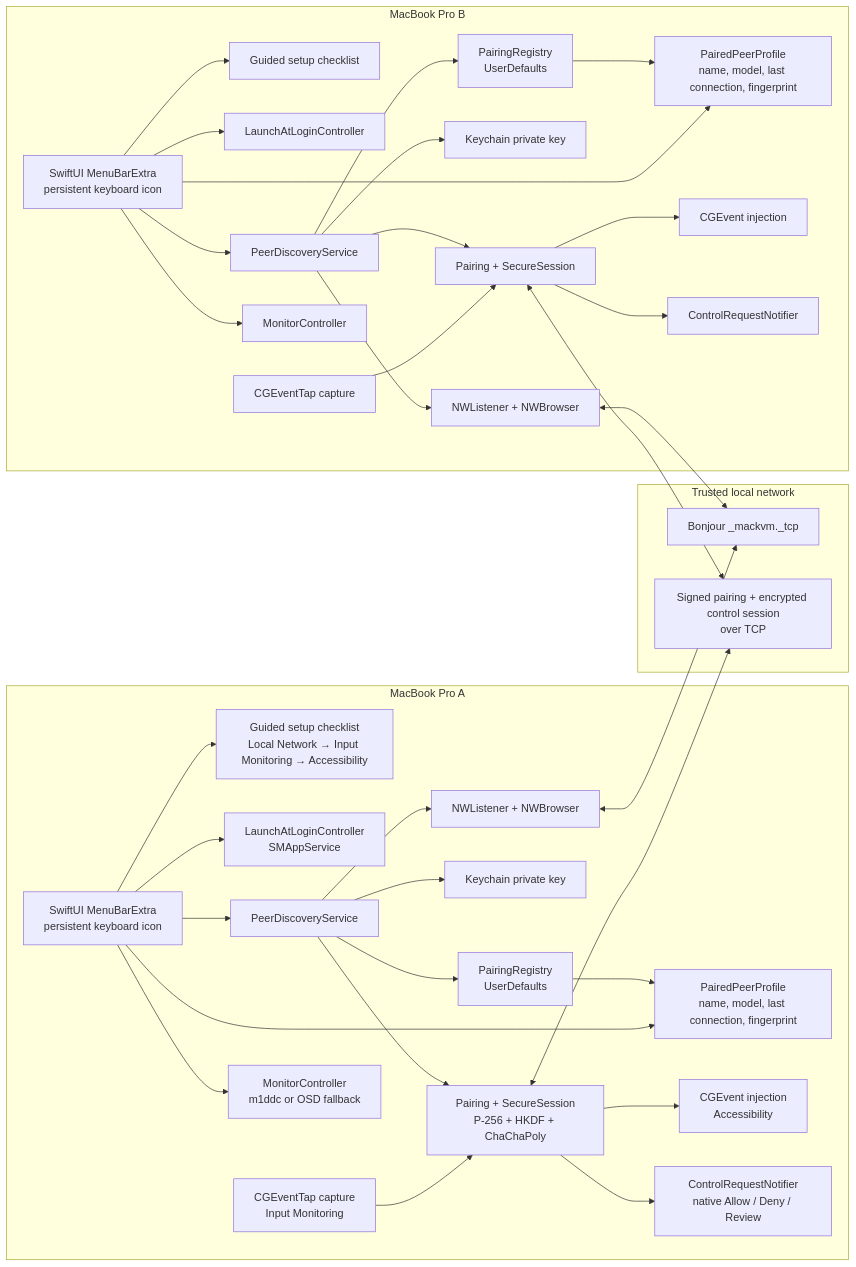
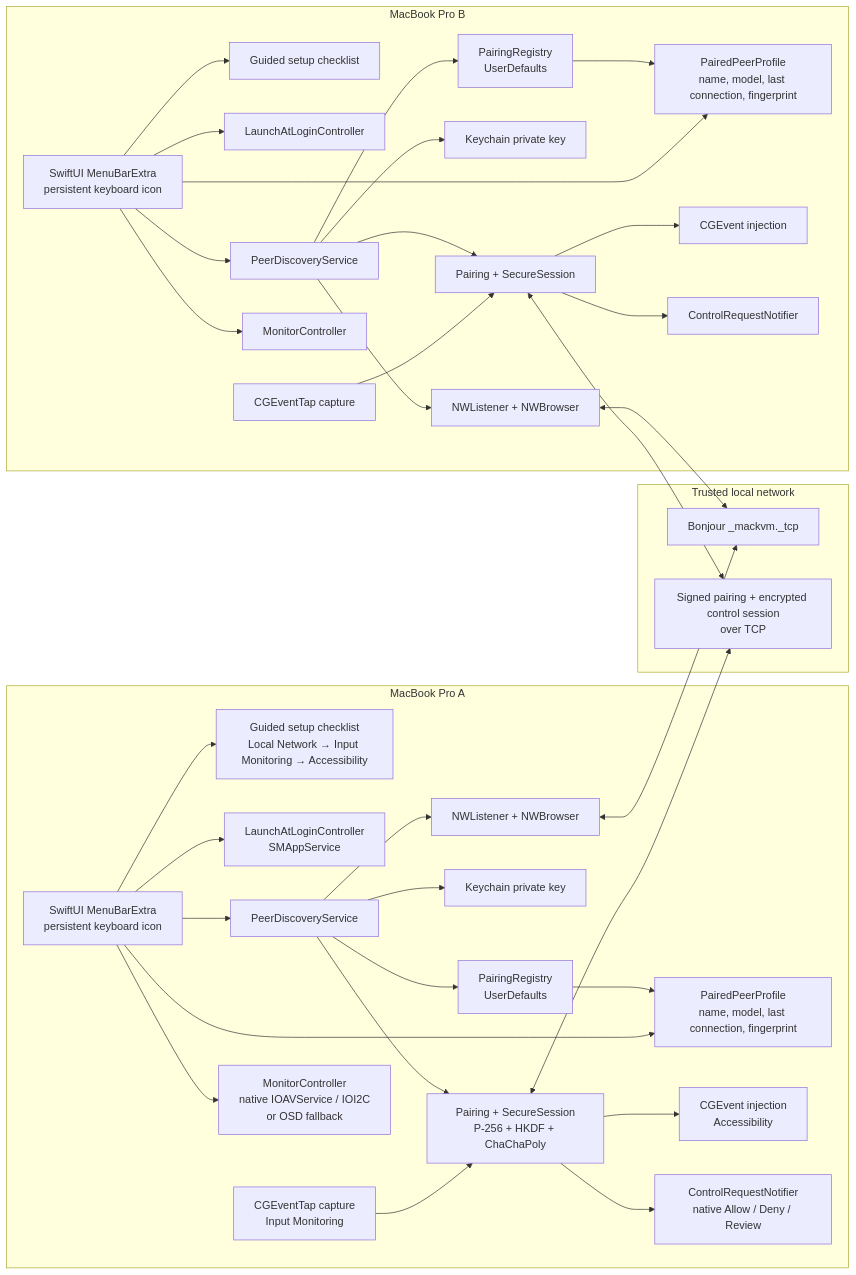
One commit to rudinyu/MacKVM changed the first of 5 diagrams in ARCHITECTURE.md. Above: the diagram before and after it, drawn with Mermaid. The commit also changed other lines of this file and 34 other files, not shown here.

Commit message:
feat: add native cross-architecture DDC switching

````diff
--- a/ARCHITECTURE.md
+++ b/ARCHITECTURE.md
@@ -12,70 +12,70 @@
 ```mermaid
 flowchart LR
     subgraph MacA["MacBook Pro A"]
         UIA["SwiftUI MenuBarExtra<br/>persistent keyboard icon"]
         PermA["Guided setup checklist<br/>Local Network → Input Monitoring → Accessibility"]
         LoginA["LaunchAtLoginController<br/>SMAppService"]
         DA["PeerDiscoveryService"]
         WA["NWListener + NWBrowser"]
         KA["Keychain private key"]
         RA["PairingRegistry<br/>UserDefaults"]
         ProfileA["PairedPeerProfile<br/>name, model, last connection, fingerprint"]
         PA["Pairing + SecureSession<br/>P-256 + HKDF + ChaChaPoly"]
         IA["CGEventTap capture<br/>Input Monitoring"]
         OA["CGEvent injection<br/>Accessibility"]
         NA["ControlRequestNotifier<br/>native Allow / Deny / Review"]
-        MA["MonitorController<br/>m1ddc or OSD fallback"]
+        MA["MonitorController<br/>native IOAVService / IOI2C<br/>or OSD fallback"]
         UIA --> DA
         UIA --> PermA
         UIA --> LoginA
         DA --> WA
         DA --> PA
         DA --> KA
         DA --> RA
         RA --> ProfileA
         UIA --> ProfileA
         IA --> PA
         PA --> OA
         PA --> NA
         UIA --> MA
     end
 
     subgraph LAN["Trusted local network"]
         Bonjour["Bonjour _mackvm._tcp"]
         TCP["Signed pairing + encrypted control session<br/>over TCP"]
     end
 
     subgraph MacB["MacBook Pro B"]
         UIB["SwiftUI MenuBarExtra<br/>persistent keyboard icon"]
         PermB["Guided setup checklist"]
         LoginB["LaunchAtLoginController"]
         DB["PeerDiscoveryService"]
         WB["NWListener + NWBrowser"]
         KB["Keychain private key"]
         RB["PairingRegistry<br/>UserDefaults"]
         ProfileB["PairedPeerProfile<br/>name, model, last connection, fingerprint"]
         PB["Pairing + SecureSession"]
         IB["CGEventTap capture"]
         OB["CGEvent injection"]
         NB["ControlRequestNotifier"]
         MB["MonitorController"]
         UIB --> DB
         UIB --> PermB
         UIB --> LoginB
         DB --> WB
         DB --> PB
         DB --> KB
         DB --> RB
         RB --> ProfileB
         UIB --> ProfileB
         IB --> PB
         PB --> OB
         PB --> NB
         UIB --> MB
     end
 
     WA <--> Bonjour
     WB <--> Bonjour
     PA <--> TCP
     PB <--> TCP
 ```
````
